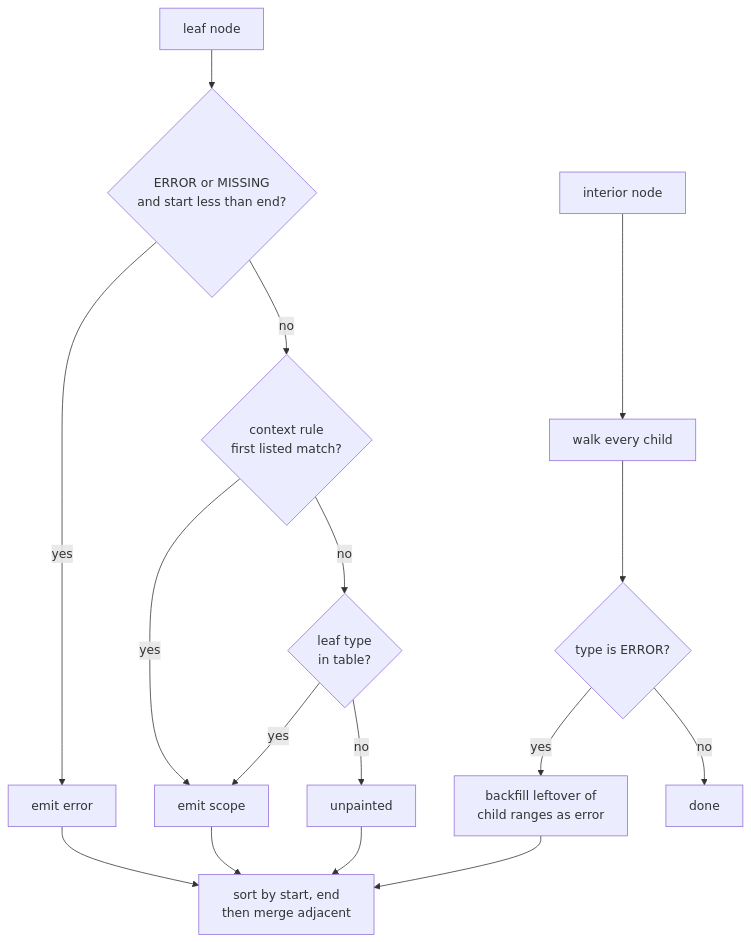
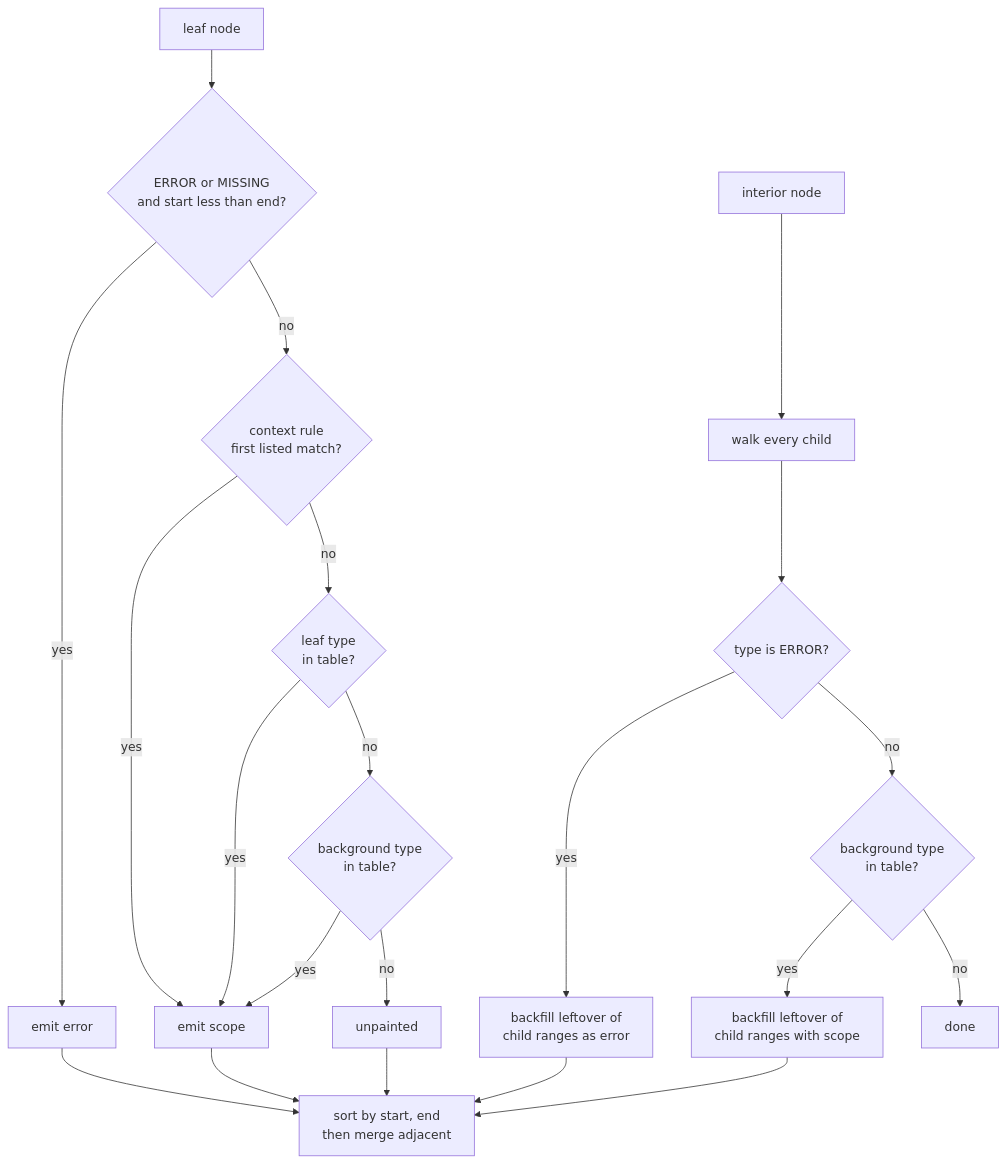
One commit to dbalmain/edit-tools changed the first of 3 diagrams in docs/highlight-design.md. Above: the diagram before and after it, drawn with Mermaid. The commit also changed other lines of this file, not shown here.

````diff
--- a/docs/highlight-design.md
+++ b/docs/highlight-design.md
@@ -767,18 +821,23 @@
 ```mermaid
 flowchart TD
   A[leaf node] --> S{ERROR or MISSING<br/>and start less than end?}
   S -->|yes| R[emit error]
   S -->|no| B{context rule<br/>first listed match?}
   B -->|yes| C[emit scope]
   B -->|no| D{leaf type<br/>in table?}
   D -->|yes| C
-  D -->|no| E[unpainted]
+  D -->|no| L{background type<br/>in table?}
+  L -->|yes| C
+  L -->|no| E[unpainted]
   F[interior node] --> G[walk every child]
   G --> H{type is ERROR?}
   H -->|yes| I[backfill leftover of<br/>child ranges as error]
-  H -->|no| J[done]
+  H -->|no| M{background type<br/>in table?}
+  M -->|yes| N[backfill leftover of<br/>child ranges with scope]
+  M -->|no| J[done]
   I --> K[sort by start, end<br/>then merge adjacent]
+  N --> K
   C --> K
   R --> K
   E --> K
 ```
````
